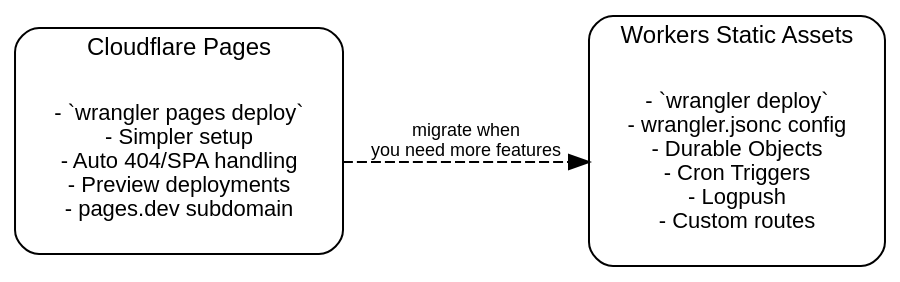
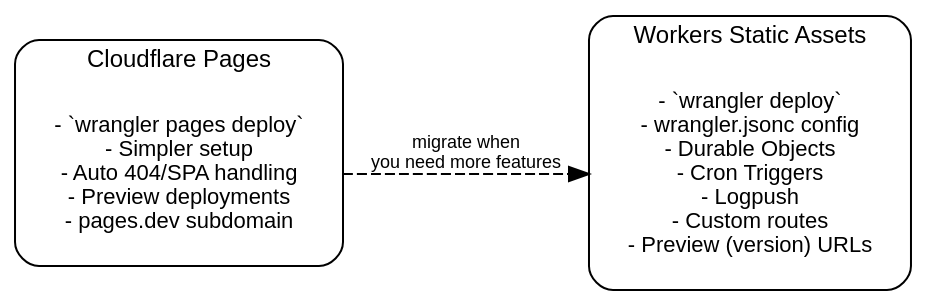
Before and after one commit to erfianugrah/lexicanum: the first of 3 diagrams in src/content/docs/guides/gh-actions-cloudflare.mdx, drawn with Graphviz. The commit also changed other lines of this file and 8 other files, not shown here.

First line of the commit message:
docs: text fallbacks for two diagrams, option rename, stale titles and claims

````diff
--- a/src/content/docs/guides/gh-actions-cloudflare.mdx
+++ b/src/content/docs/guides/gh-actions-cloudflare.mdx
@@ -21,19 +21,19 @@
 ```dot
 digraph {
   rankdir=LR; bgcolor="transparent"; compound=true; nodesep=0.3; ranksep=0.7;
   fontname="Helvetica,Arial,sans-serif";
   node [fontname="Helvetica,Arial,sans-serif", fontsize=11, shape=box];
   edge [fontname="Helvetica,Arial,sans-serif", fontsize=9];
 
   subgraph cluster_pages {
     label="Cloudflare Pages"; style=rounded; fontsize=12; margin=12;
     pages_features [label="- `wrangler pages deploy`\n- Simpler setup\n- Auto 404/SPA handling\n- Preview deployments\n- pages.dev subdomain", shape=plaintext];
   }
   subgraph cluster_workers {
     label="Workers Static Assets"; style=rounded; fontsize=12; margin=12;
-    workers_features [label="- `wrangler deploy`\n- wrangler.jsonc config\n- Durable Objects\n- Cron Triggers\n- Logpush\n- Custom routes", shape=plaintext];
+    workers_features [label="- `wrangler deploy`\n- wrangler.jsonc config\n- Durable Objects\n- Cron Triggers\n- Logpush\n- Custom routes\n- Preview (version) URLs", shape=plaintext];
   }
 
   pages_features -> workers_features [label="migrate when\nyou need more features", style=dashed, ltail=cluster_pages, lhead=cluster_workers];
 }
 ```
````
